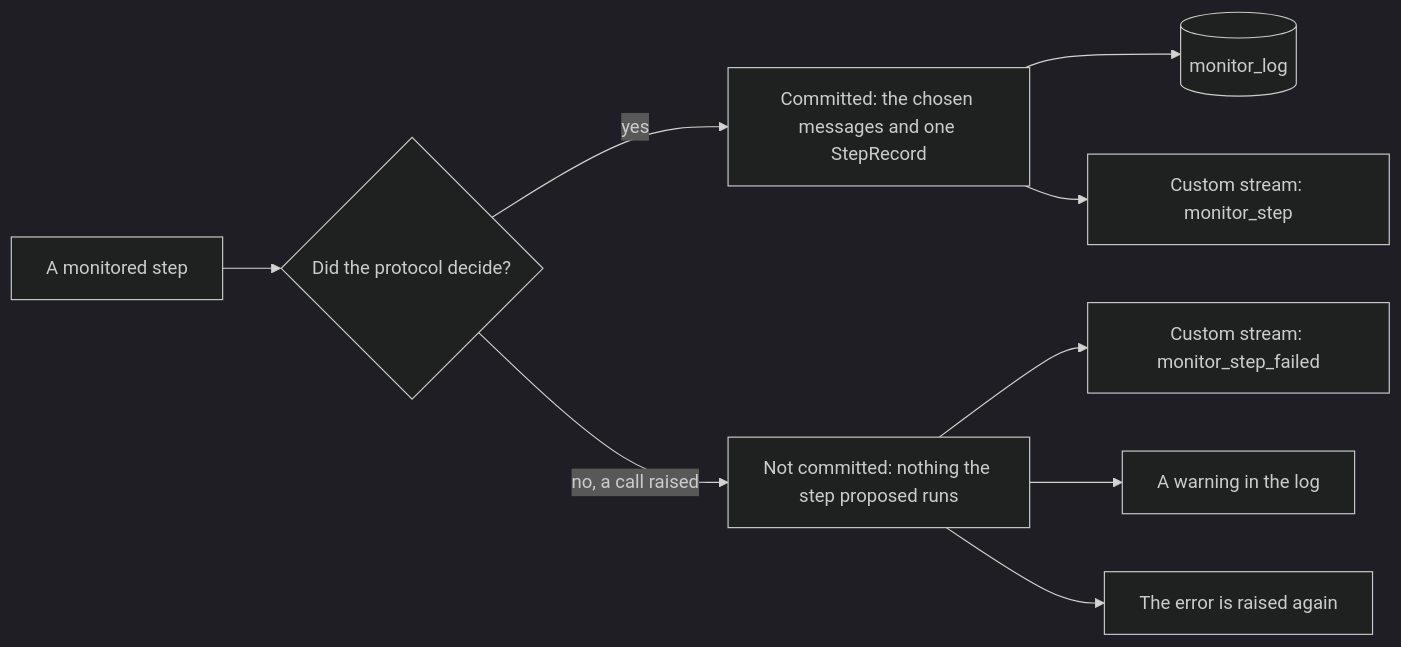
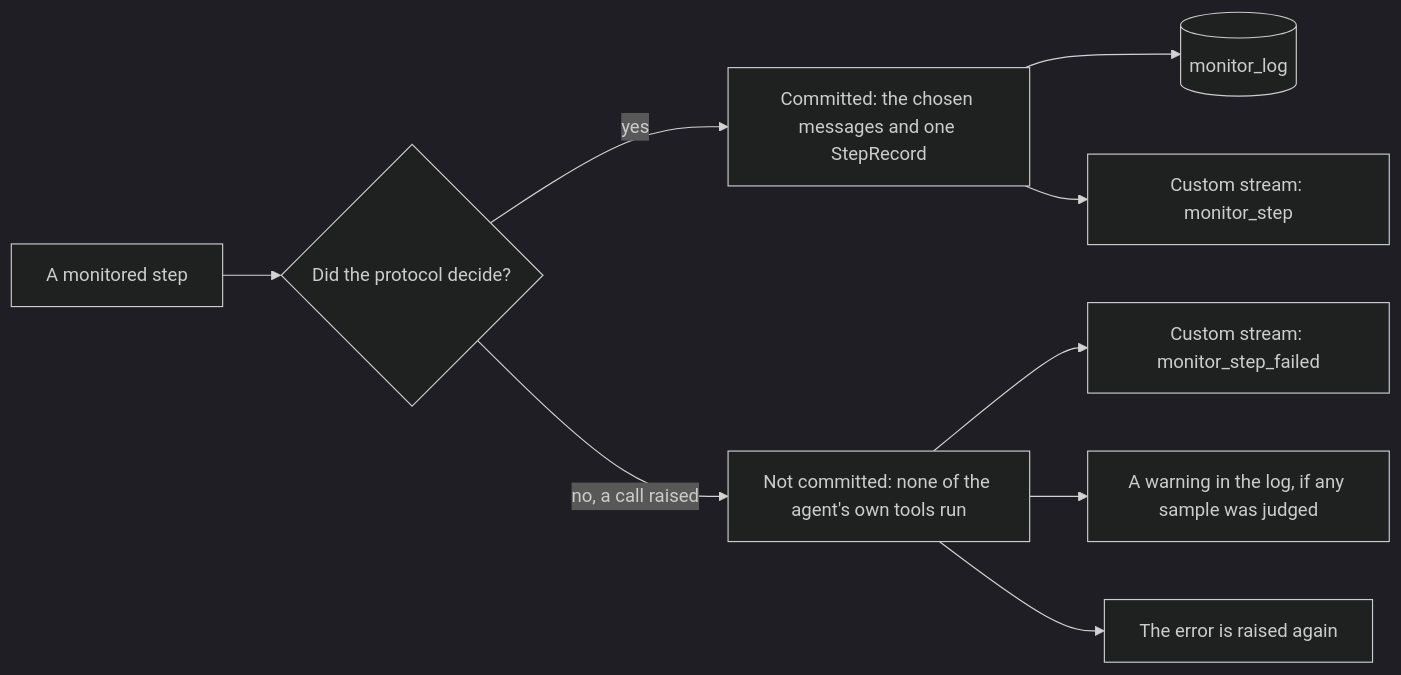
Before and after one commit to omamori-lab/langchain-sync-monitors: the diagram in docs/how-to/read-the-monitor-log.md, drawn with Mermaid (dark theme). The commit also changed other lines of this file, not shown here.

First line of the commit message:
Rewrite the monitor log guide for 0.1.0

````diff
--- a/docs/how-to/read-the-monitor-log.md
+++ b/docs/how-to/read-the-monitor-log.md
@@ -208,11 +229,11 @@
 ```mermaid
 flowchart LR
     step["A monitored step"] --> decided{"Did the protocol decide?"}
     decided -- "yes" --> commit["Committed: the chosen messages and one StepRecord"]
     commit --> log[("monitor_log")]
     commit --> stepEvent["Custom stream: monitor_step"]
-    decided -- "no, a call raised" --> failed["Not committed: nothing the step proposed runs"]
+    decided -- "no, a call raised" --> failed["Not committed: none of the agent's own tools run"]
     failed --> failedEvent["Custom stream: monitor_step_failed"]
-    failed --> warning["A warning in the log"]
+    failed --> warning["A warning in the log, if any sample was judged"]
     failed --> raised["The error is raised again"]
 ```
````
